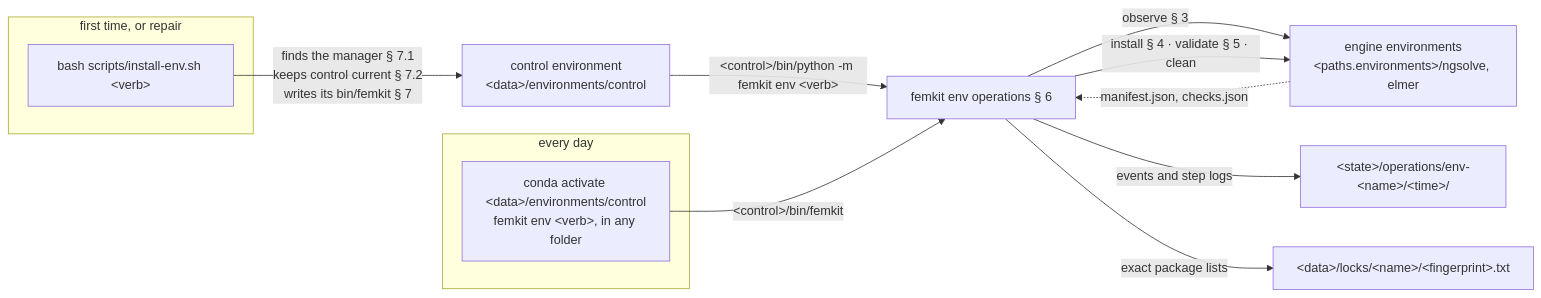
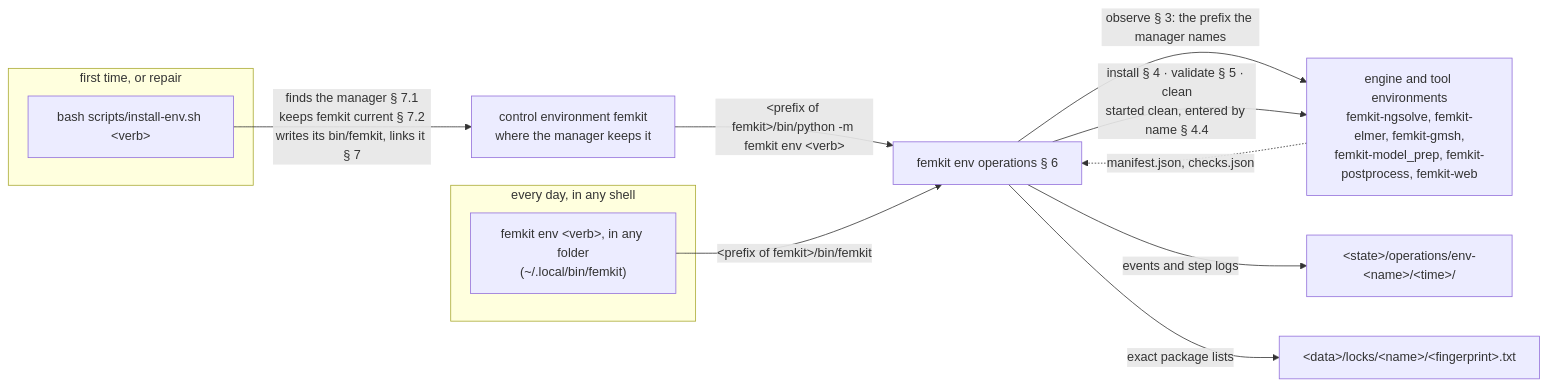
Before and after one commit to Qing-LAB/femkit: the first of 11 diagrams in docs/contracts/envs.md, drawn with Mermaid. The commit also changed other lines of this file and 512 other files, not shown here.

````diff
--- a/docs/contracts/envs.md
+++ b/docs/contracts/envs.md
@@ -26,17 +28,17 @@
 ```mermaid
 flowchart LR
     subgraph shell["first time, or repair"]
         S["bash scripts/install-env.sh &lt;verb&gt;"]
     end
-    subgraph daily["every day"]
-        A["conda activate &lt;data&gt;/environments/control<br/>femkit env &lt;verb&gt;, in any folder"]
+    subgraph daily["every day, in any shell"]
+        A["femkit env &lt;verb&gt;, in any folder<br/>(~/.local/bin/femkit)"]
     end
-    S -->|"finds the manager § 7.1<br/>keeps control current § 7.2<br/>writes its bin/femkit § 7"| C["control environment<br/>&lt;data&gt;/environments/control"]
-    C -->|"&lt;control&gt;/bin/python -m femkit env &lt;verb&gt;"| F["femkit env operations § 6"]
-    A -->|"&lt;control&gt;/bin/femkit"| F
-    F -->|"observe § 3"| E["engine environments<br/>&lt;paths.environments&gt;/ngsolve, elmer"]
-    F -->|"install § 4 · validate § 5 · clean"| E
+    S -->|"finds the manager § 7.1<br/>keeps femkit current § 7.2<br/>writes its bin/femkit, links it § 7"| C["control environment femkit<br/>where the manager keeps it"]
+    C -->|"&lt;prefix of femkit&gt;/bin/python -m femkit env &lt;verb&gt;"| F["femkit env operations § 6"]
+    A -->|"&lt;prefix of femkit&gt;/bin/femkit"| F
+    F -->|"observe § 3: the prefix the manager names"| E["engine and tool environments<br/>femkit-ngsolve, femkit-elmer, femkit-gmsh,<br/>femkit-model_prep, femkit-postprocess, femkit-web"]
+    F -->|"install § 4 · validate § 5 · clean<br/>started clean, entered by name § 4.4"| E
     F -->|"events and step logs"| L["&lt;state&gt;/operations/env-&lt;name&gt;/&lt;time&gt;/"]
     F -->|"exact package lists"| K["&lt;data&gt;/locks/&lt;name&gt;/&lt;fingerprint&gt;.txt"]
     E -.->|"manifest.json, checks.json"| F
 ```
````
